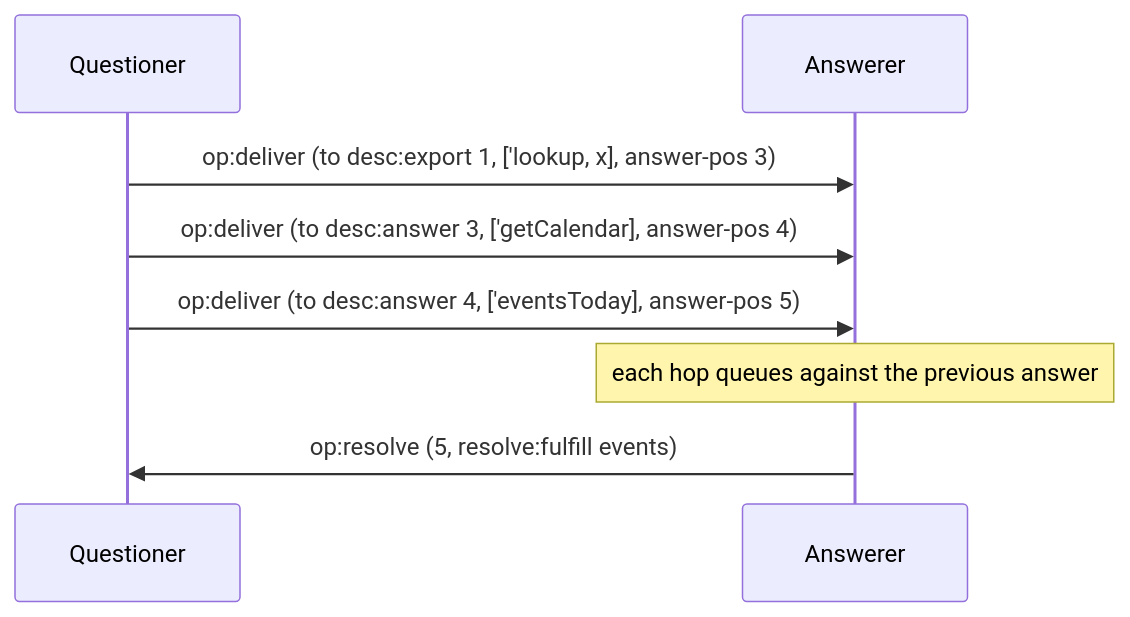
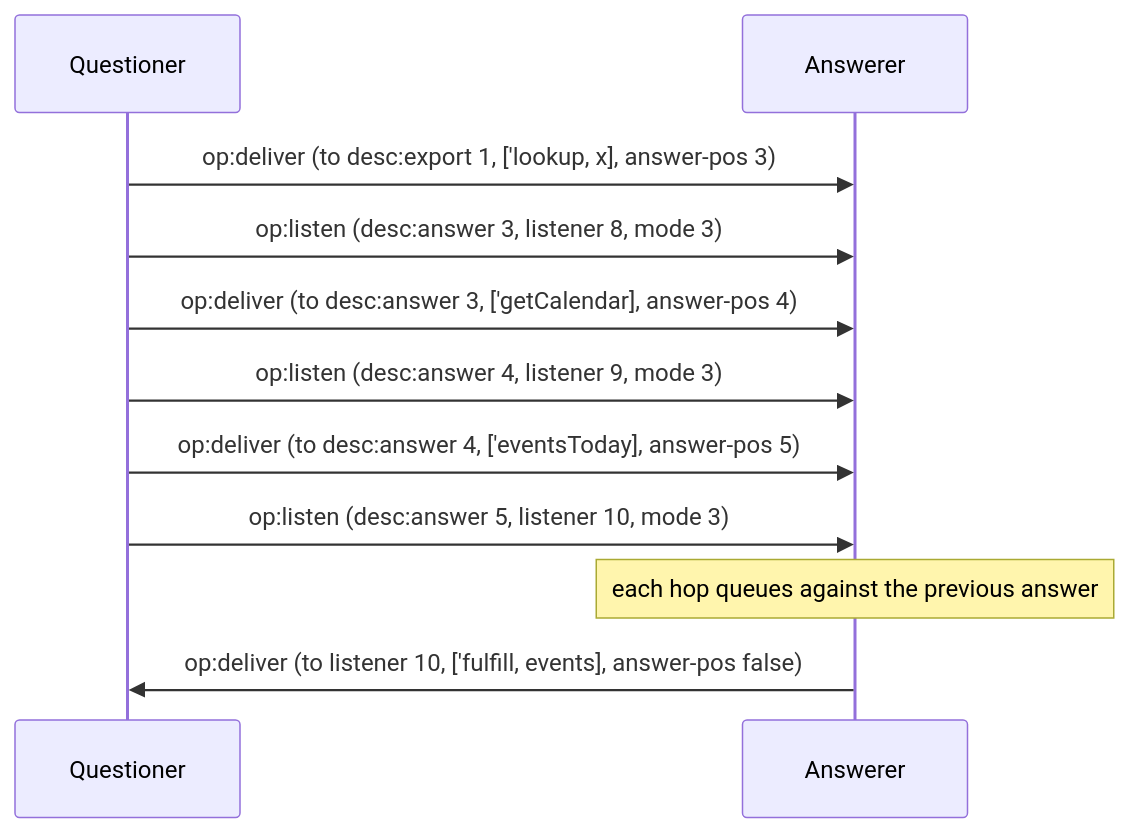
One commit to glowcap-org/glowcap changed the third of 7 diagrams in docs/protocol-diagrams/03-promises-and-pipelining.md. Above: the diagram before and after it, drawn with Mermaid. The commit also changed other lines of this file and 920 other files, not shown here.

````diff
--- a/docs/protocol-diagrams/03-promises-and-pipelining.md
+++ b/docs/protocol-diagrams/03-promises-and-pipelining.md
@@ -47,10 +52,13 @@
 ```mermaid
 sequenceDiagram
     participant Q as Questioner
     participant R as Answerer
     Q->>R: op:deliver (to desc:export 1, ['lookup, x], answer-pos 3)
+    Q->>R: op:listen (desc:answer 3, listener 8, mode 3)
     Q->>R: op:deliver (to desc:answer 3, ['getCalendar], answer-pos 4)
+    Q->>R: op:listen (desc:answer 4, listener 9, mode 3)
     Q->>R: op:deliver (to desc:answer 4, ['eventsToday], answer-pos 5)
+    Q->>R: op:listen (desc:answer 5, listener 10, mode 3)
     Note over R: each hop queues against the previous answer
-    R->>Q: op:resolve (5, resolve:fulfill events)
+    R->>Q: op:deliver (to listener 10, ['fulfill, events], answer-pos false)
 ```
````
